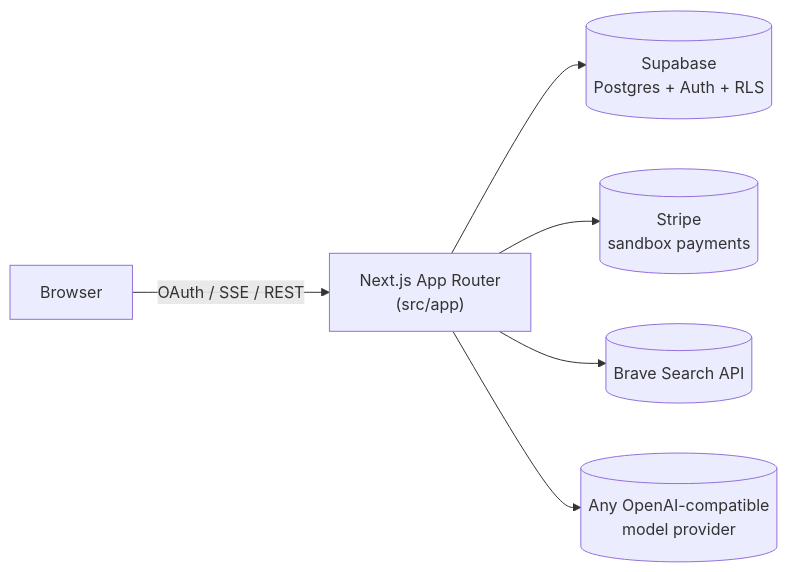
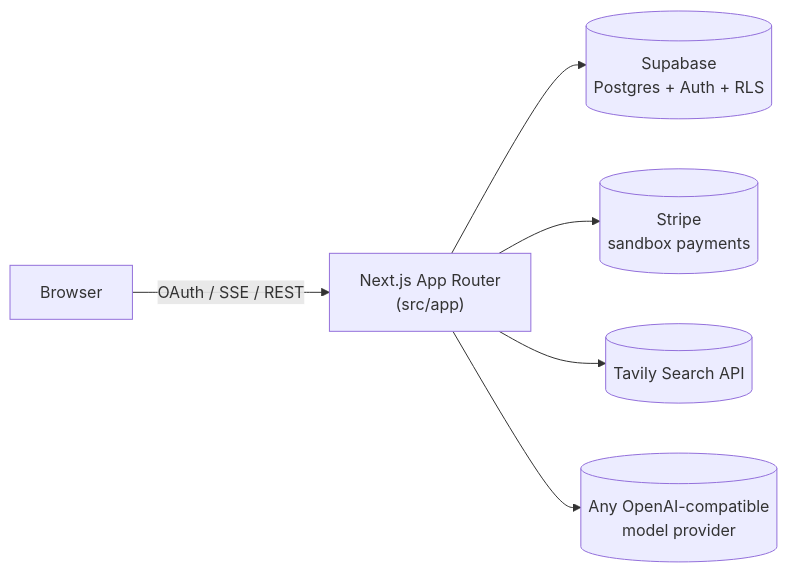
The diagram in README.md (perumalraj23/micromanus-v2-backup), drawn with Mermaid before and after one commit. The commit also changed other lines of this file and 13 other files, not shown here.

````diff
--- a/README.md
+++ b/README.md
@@ -42,8 +42,8 @@
 ```mermaid
 flowchart LR
     Browser -->|OAuth / SSE / REST| NextApp["Next.js App Router\n(src/app)"]
     NextApp --> Supabase[("Supabase\nPostgres + Auth + RLS")]
     NextApp --> Stripe[("Stripe\nsandbox payments")]
-    NextApp --> Brave[("Brave Search API")]
+    NextApp --> Tavily[("Tavily Search API")]
     NextApp --> LLM[("Any OpenAI-compatible\nmodel provider")]
 ```
````
